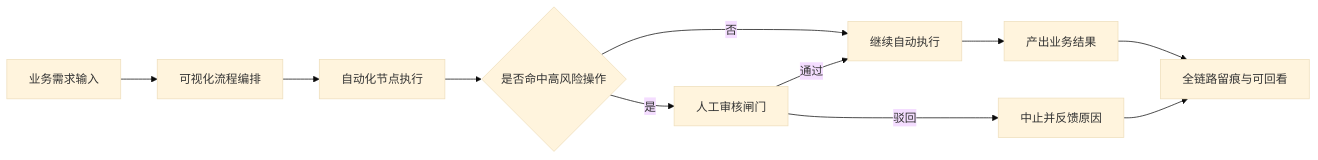
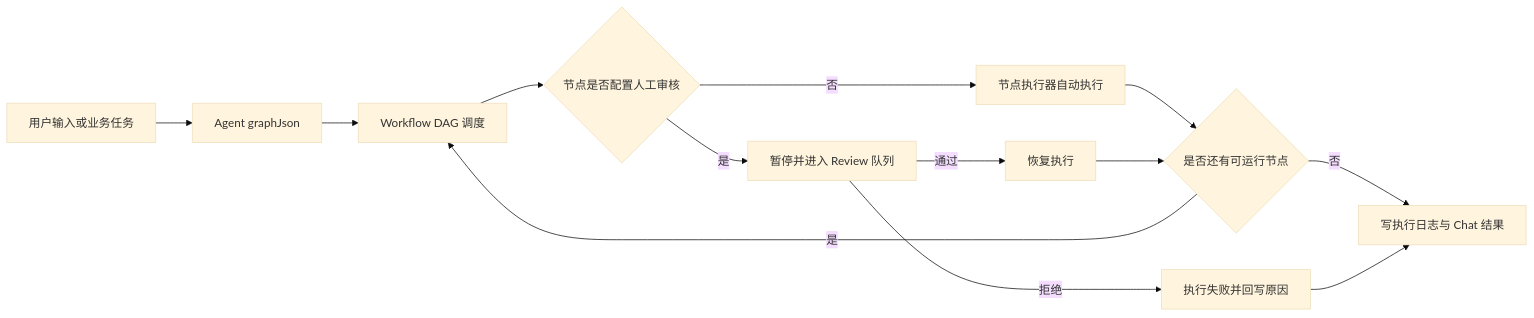
Before and after one commit to zj669/ai-agent: the diagram in README.md, drawn with Mermaid (base theme). The commit also changed other lines of this file and 269 other files, not shown here.

````diff
--- a/README.md
+++ b/README.md
@@ -25,13 +37,15 @@
 ```mermaid
 flowchart LR
-  A[业务需求输入] --> B[可视化流程编排]
-  B --> C[自动化节点执行]
-  C --> D{是否命中高风险操作}
-  D -- 否 --> G[继续自动执行]
-  D -- 是 --> E[人工审核闸门]
-  E -- 通过 --> G
-  E -- 驳回 --> H[中止并反馈原因]
-  G --> I[产出业务结果]
-  I --> J[全链路留痕与可回看]
+  A[用户输入或业务任务] --> B[Agent graphJson]
+  B --> C[Workflow DAG 调度]
+  C --> D{节点是否配置人工审核}
+  D -- 否 --> E[节点执行器自动执行]
+  D -- 是 --> F[暂停并进入 Review 队列]
+  F -- 通过 --> G[恢复执行]
+  F -- 拒绝 --> H[执行失败并回写原因]
+  E --> I{是否还有可运行节点}
+  G --> I
+  I -- 是 --> C
+  I -- 否 --> J[写执行日志与 Chat 结果]
   H --> J
 ```
````
